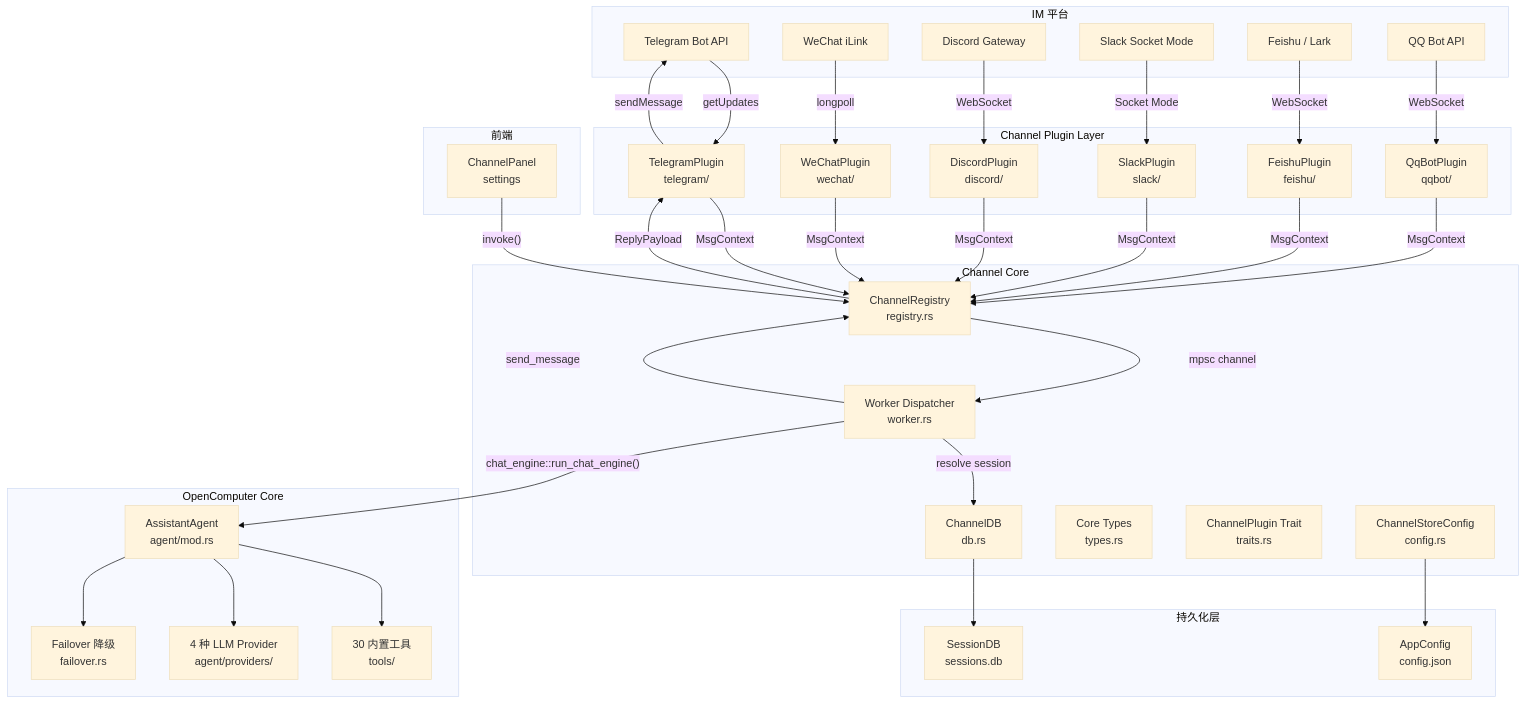
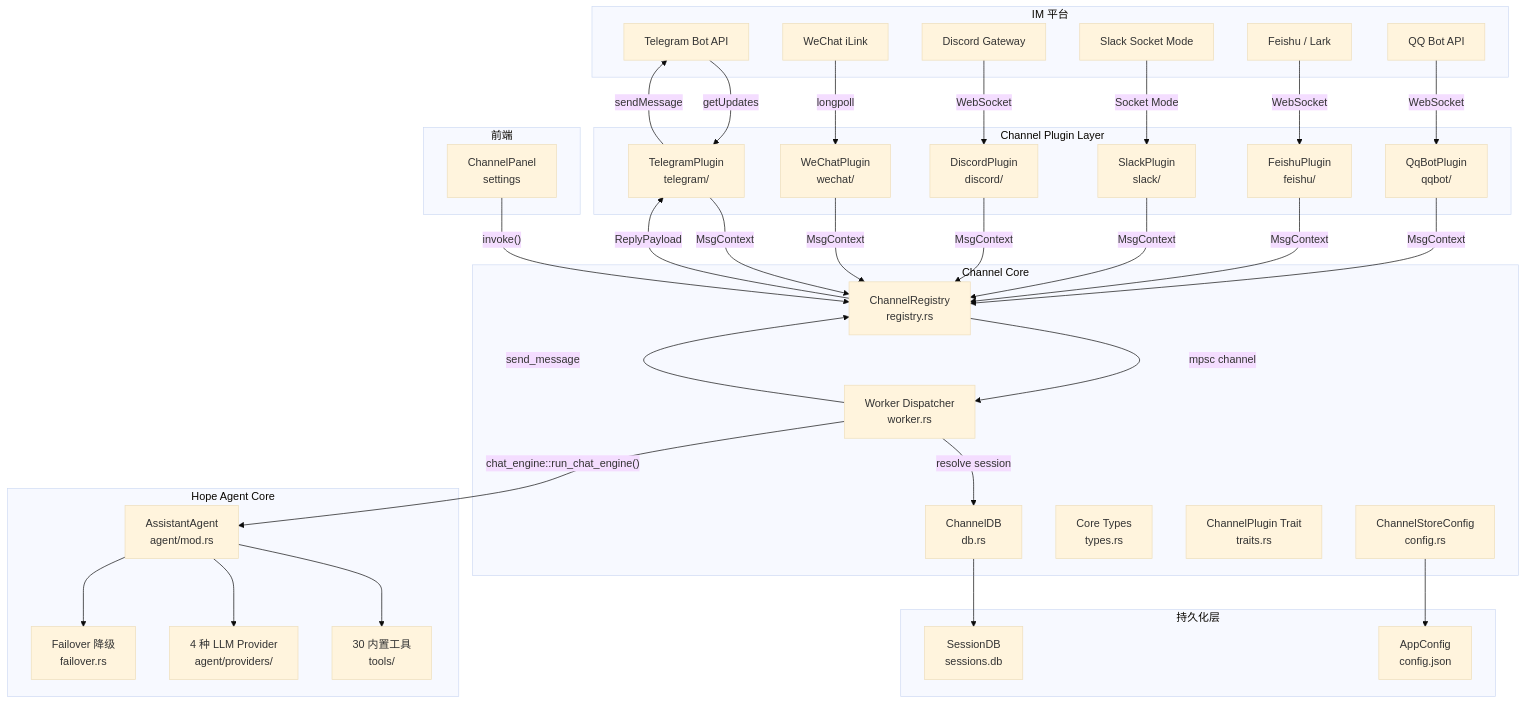
One commit to shiwenwen/hope-agent changed the first of 3 diagrams in docs/architecture/im-channel.md. Above: the diagram before and after it, drawn with Mermaid (base theme). The commit also changed other lines of this file and 727 other files, not shown here.

First line of the commit message:
chore(rename): OpenComputer → Hope Agent（随 0.1.0 首发一把切换）

````diff
--- a/docs/architecture/im-channel.md
+++ b/docs/architecture/im-channel.md
@@ -120,74 +120,74 @@
 ```mermaid
 graph TB
     subgraph "IM 平台"
         TG["Telegram Bot API"]
         WX["WeChat iLink"]
         DC["Discord Gateway"]
         SL["Slack Socket Mode"]
         FS["Feishu / Lark"]
         QQ["QQ Bot API"]
     end
 
     subgraph "Channel Plugin Layer"
         TG_PLUGIN["TelegramPlugin<br/>telegram/"]
         WX_PLUGIN["WeChatPlugin<br/>wechat/"]
         DC_PLUGIN["DiscordPlugin<br/>discord/"]
         SL_PLUGIN["SlackPlugin<br/>slack/"]
         FS_PLUGIN["FeishuPlugin<br/>feishu/"]
         QQ_PLUGIN["QqBotPlugin<br/>qqbot/"]
     end
 
     subgraph "Channel Core"
         REGISTRY["ChannelRegistry<br/>registry.rs"]
         WORKER["Worker Dispatcher<br/>worker.rs"]
         CHANNEL_DB["ChannelDB<br/>db.rs"]
         TYPES["Core Types<br/>types.rs"]
         TRAITS["ChannelPlugin Trait<br/>traits.rs"]
         CONFIG["ChannelStoreConfig<br/>config.rs"]
     end
 
-    subgraph "OpenComputer Core"
+    subgraph "Hope Agent Core"
         AGENT["AssistantAgent<br/>agent/mod.rs"]
         TOOLS["30 内置工具<br/>tools/"]
         PROVIDERS["4 种 LLM Provider<br/>agent/providers/"]
         FAILOVER["Failover 降级<br/>failover.rs"]
     end
 
     subgraph "持久化层"
         SESSION_DB["SessionDB<br/>sessions.db"]
         PROVIDER_STORE["AppConfig<br/>config.json"]
     end
 
     subgraph "前端"
         PANEL["ChannelPanel<br/>settings"]
     end
 
     TG -->|getUpdates| TG_PLUGIN
     WX -->|longpoll| WX_PLUGIN
     DC -->|WebSocket| DC_PLUGIN
     SL -->|Socket Mode| SL_PLUGIN
     FS -->|WebSocket| FS_PLUGIN
     QQ -->|WebSocket| QQ_PLUGIN
 
     TG_PLUGIN -->|MsgContext| REGISTRY
     WX_PLUGIN -->|MsgContext| REGISTRY
     DC_PLUGIN -->|MsgContext| REGISTRY
     SL_PLUGIN -->|MsgContext| REGISTRY
     FS_PLUGIN -->|MsgContext| REGISTRY
     QQ_PLUGIN -->|MsgContext| REGISTRY
 
     REGISTRY -->|mpsc channel| WORKER
     WORKER -->|resolve session| CHANNEL_DB
     WORKER -->|"chat_engine::run_chat_engine()"| AGENT
     AGENT --> TOOLS
     AGENT --> PROVIDERS
     AGENT --> FAILOVER
 
     WORKER -->|send_message| REGISTRY
     REGISTRY -->|ReplyPayload| TG_PLUGIN
     TG_PLUGIN -->|sendMessage| TG
 
     CHANNEL_DB --> SESSION_DB
     CONFIG --> PROVIDER_STORE
     PANEL -->|"invoke()"| REGISTRY
 ```
````
